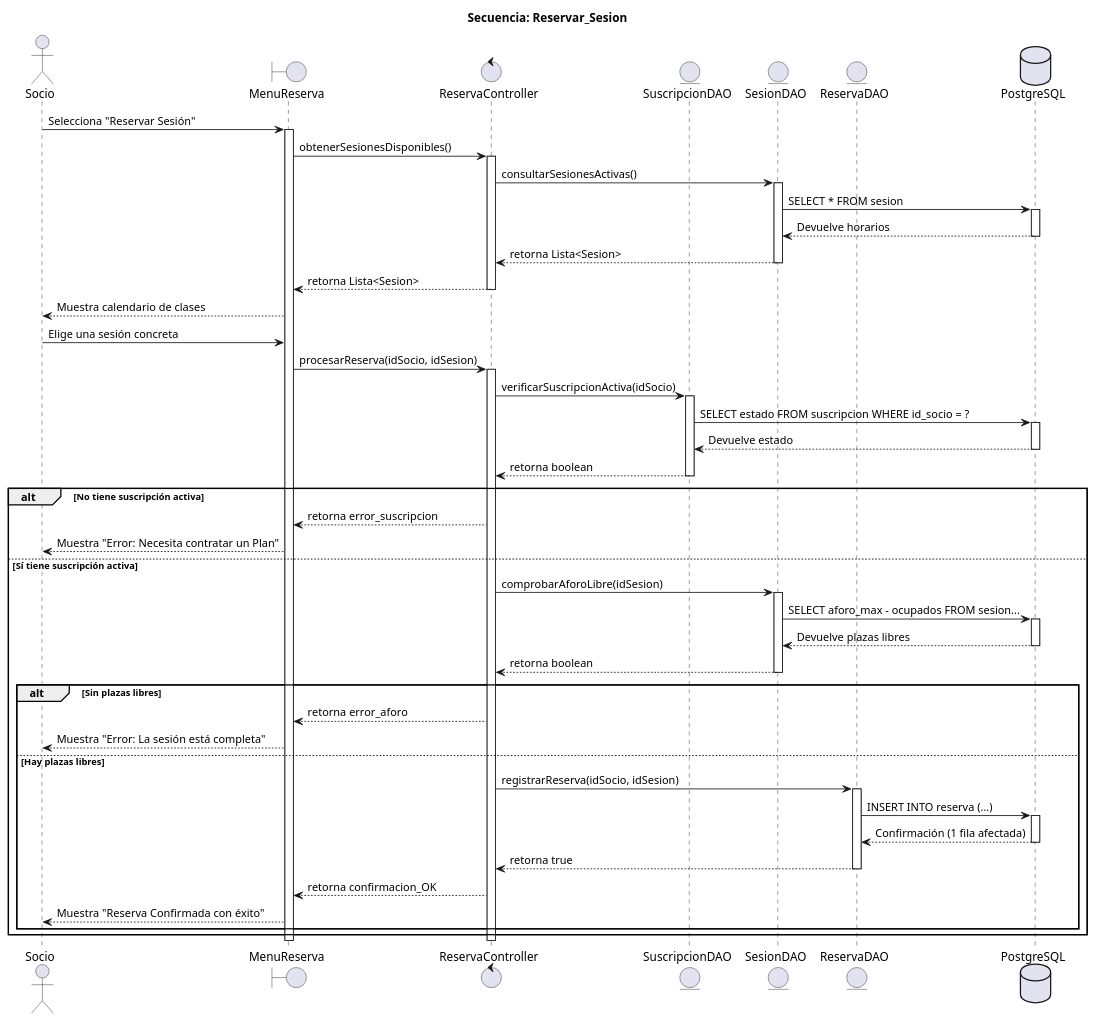
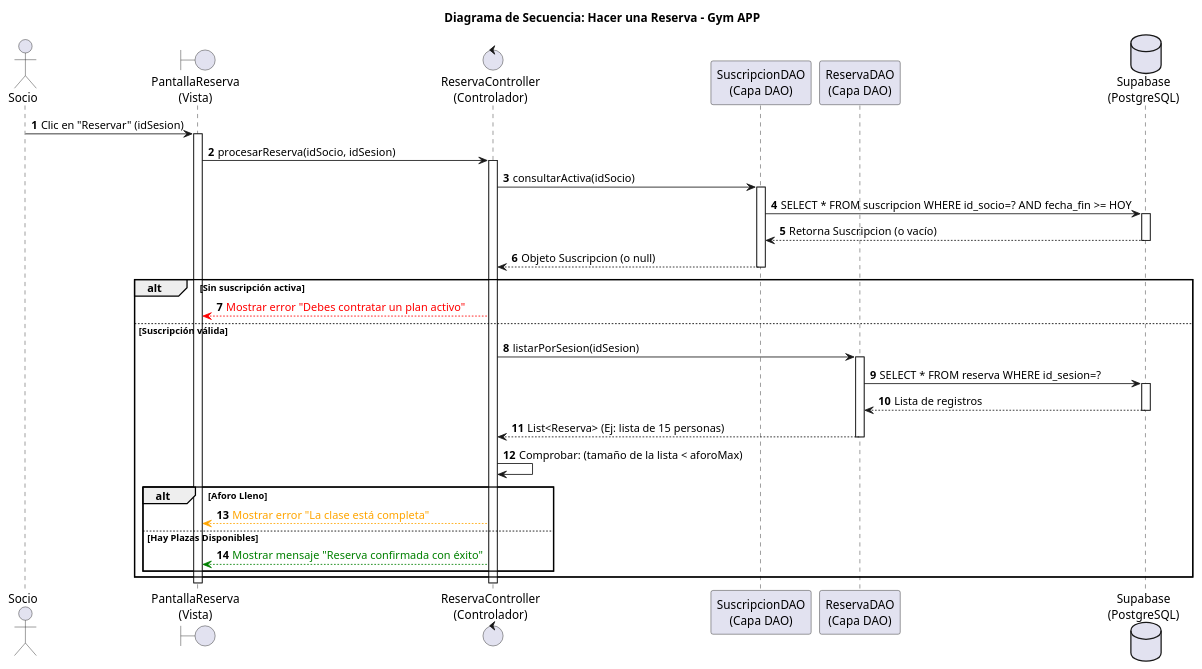
The diagram in docs/diagramasUML/DiagramasSecuencias/Secuencia_Reservar_Sesion.puml (FerminGarridoMartinDAM/ProyectoInterModular1DAMAppGimnasio), drawn with PlantUML before and after one commit. The commit also changed 18 other files, not shown here.

Commit message:
docs(uml): Actualizados y terminados diagramas de secuencias

```diff
--- a/docs/diagramasUML/DiagramasSecuencias/Secuencia_Reservar_Sesion.puml
+++ b/docs/diagramasUML/DiagramasSecuencias/Secuencia_Reservar_Sesion.puml
@@ -1,87 +1,58 @@
 @startuml
-title Secuencia: Reservar_Sesion
+title Diagrama de Secuencia: Hacer una Reserva - Gym APP
 
-' --- PARTICIPANTES ---
-actor Socio
-boundary "MenuReserva" as Vista
-control "ReservaController" as Controlador
-entity "SuscripcionDAO" as SuscDAO
-entity "SesionDAO" as SesionDAO
-entity "ReservaDAO" as ResDAO
-database "PostgreSQL" as BD
+autonumber
+actor "Socio" as User
+boundary "PantallaReserva\n(Vista)" as Vista
+control "ReservaController\n(Controlador)" as Controller
+participant "SuscripcionDAO\n(Capa DAO)" as SuscDAO
+participant "ReservaDAO\n(Capa DAO)" as ResDAO
+database "Supabase\n(PostgreSQL)" as DB
 
-' --- FLUJO 1: Mostrar Catálogo ---
-Socio -> Vista: Selecciona "Reservar Sesión"
+User -> Vista : Clic en "Reservar" (idSesion)
 activate Vista
 
-Vista -> Controlador: obtenerSesionesDisponibles()
-activate Controlador
+Vista -> Controller : procesarReserva(idSocio, idSesion)
+activate Controller
 
-Controlador -> SesionDAO: consultarSesionesActivas()
-activate SesionDAO
-SesionDAO -> BD: SELECT * FROM sesion
-activate BD
-BD --> SesionDAO: Devuelve horarios
-deactivate BD
-SesionDAO --> Controlador: retorna Lista<Sesion>
-deactivate SesionDAO
-
-Controlador --> Vista: retorna Lista<Sesion>
-deactivate Controlador
-
-Vista --> Socio: Muestra calendario de clases
-
-' --- FLUJO 2: Proceso de Reserva ---
-Socio -> Vista: Elige una sesión concreta
-Vista -> Controlador: procesarReserva(idSocio, idSesion)
-activate Controlador
-
-' Validación 1: Suscripción
-Controlador -> SuscDAO: verificarSuscripcionActiva(idSocio)
+' --- 1. FILTRO DE PREVENCIÓN: ¿Ha pagado el socio? ---
+Controller -> SuscDAO : consultarActiva(idSocio)
 activate SuscDAO
-SuscDAO -> BD: SELECT estado FROM suscripcion WHERE id_socio = ?
-activate BD
-BD --> SuscDAO: Devuelve estado
-deactivate BD
-SuscDAO --> Controlador: retorna boolean
+SuscDAO -> DB : SELECT * FROM suscripcion WHERE id_socio=? AND fecha_fin >= HOY
+activate DB
+DB --> SuscDAO : Retorna Suscripcion (o vacío)
+deactivate DB
+SuscDAO --> Controller : Objeto Suscripcion (o null)
 deactivate SuscDAO
 
-alt No tiene suscripción activa
-    Controlador --> Vista: retorna error_suscripcion
-    Vista --> Socio: Muestra "Error: Necesita contratar un Plan"
+alt Sin suscripción activa
+    Controller -[#red]-> Vista : <color:red>Mostrar error "Debes contratar un plan activo"</color>
+else Suscripción válida
 
-else Sí tiene suscripción activa
-    ' Validación 2: Aforo
-    Controlador -> SesionDAO: comprobarAforoLibre(idSesion)
-    activate SesionDAO
-    SesionDAO -> BD: SELECT aforo_max - ocupados FROM sesion...
-    activate BD
-    BD --> SesionDAO: Devuelve plazas libres
-    deactivate BD
-    SesionDAO --> Controlador: retorna boolean
-    deactivate SesionDAO
+    ' --- 2. FILTRO DE AFORO: ¿Hay hueco en la clase? ---
+    Controller -> ResDAO : listarPorSesion(idSesion)
+    activate ResDAO
+    ResDAO -> DB : SELECT * FROM reserva WHERE id_sesion=?
+    activate DB
+    DB --> ResDAO : Lista de registros
+    deactivate DB
+    ResDAO --> Controller : List<Reserva> (Ej: lista de 15 personas)
+    deactivate ResDAO
 
-    alt Sin plazas libres
-        Controlador --> Vista: retorna error_aforo
-        Vista --> Socio: Muestra "Error: La sesión está completa"
-        
-    else Hay plazas libres
-        ' Inserción final
-        Controlador -> ResDAO: registrarReserva(idSocio, idSesion)
-        activate ResDAO
-        ResDAO -> BD: INSERT INTO reserva (...)
-        activate BD
-        BD --> ResDAO: Confirmación (1 fila afectada)
-        deactivate BD
-        ResDAO --> Controlador: retorna true
-        deactivate ResDAO
-        
-        Controlador --> Vista: retorna confirmacion_OK
-        Vista --> Socio: Muestra "Reserva Confirmada con éxito"
+    Controller -> Controller : Comprobar: (tamaño de la lista < aforoMax)
+
+    alt Aforo Lleno
+        Controller -[#orange]-> Vista : <color:orange>Mostrar error "La clase está completa"</color>
+    else Hay Plazas Disponibles
+
+        ' --- 3. INSERCIÓN: Todo correcto, guardamos la reserva ---
+        Controller -[#green]-> Vista : <color:green>Mostrar mensaje "Reserva confirmada con éxito"</color>
+
+
     end
 end
 
-deactivate Controlador
+deactivate Controller
 deactivate Vista
 
 @enduml
```
